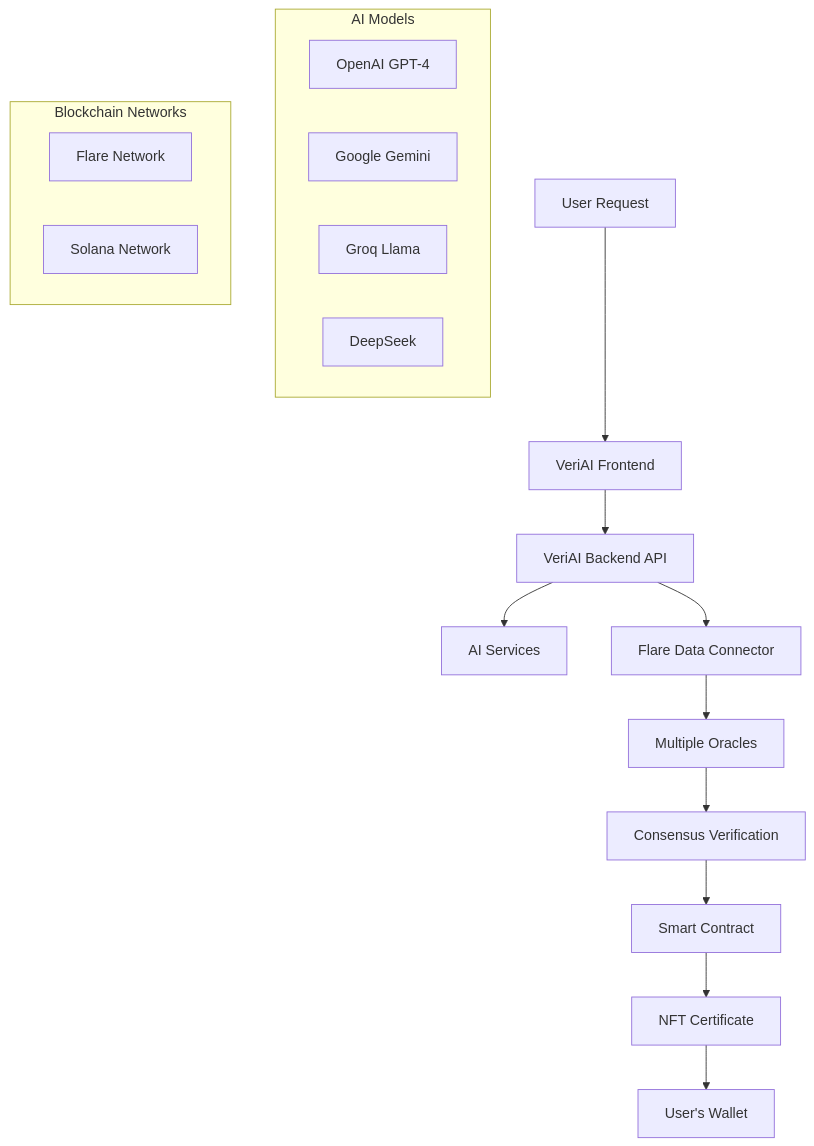
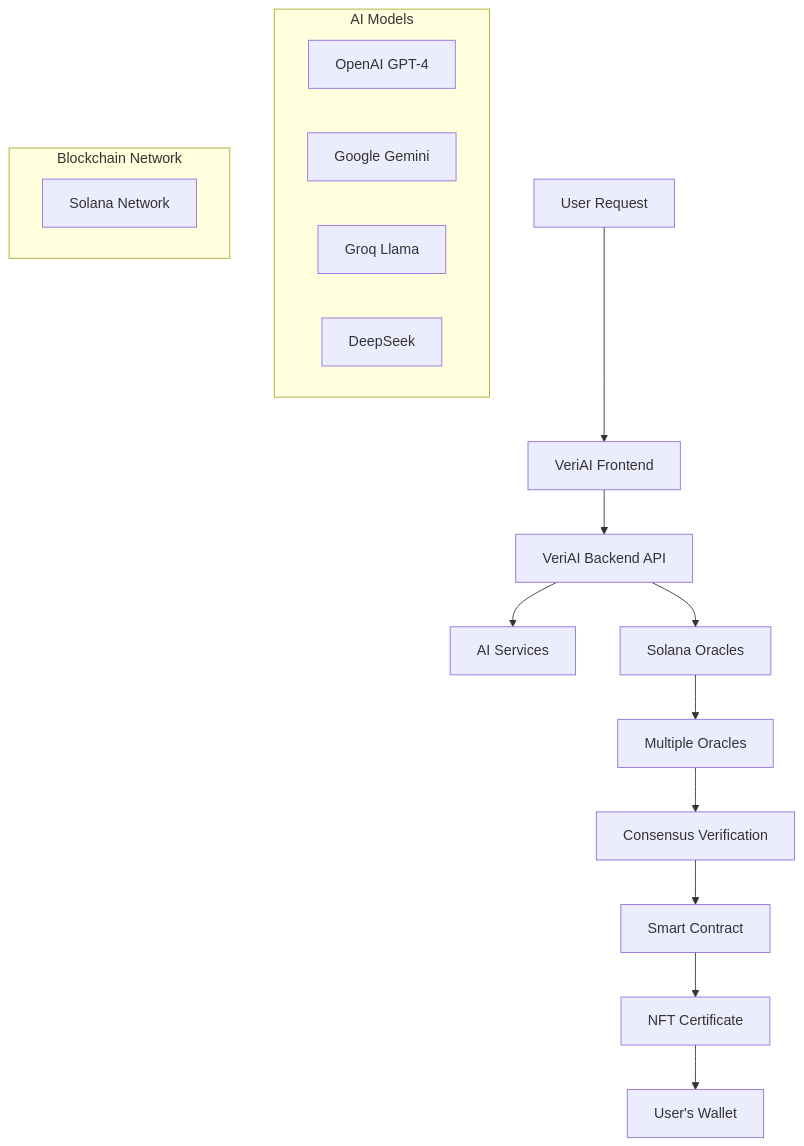
One commit to BenStacks/veriai changed the diagram in README.md. Above: the diagram before and after it, drawn with Mermaid. The commit also changed other lines of this file and 5 other files, not shown here.

````diff
--- a/README.md
+++ b/README.md
@@ -29,24 +29,23 @@
 ```mermaid
 graph TB
     A[User Request] --> B[VeriAI Frontend]
     B --> C[VeriAI Backend API]
     C --> D[AI Services]
-    C --> E[Flare Data Connector]
+    C --> E[Solana Oracles]
     E --> F[Multiple Oracles]
     F --> G[Consensus Verification]
     G --> H[Smart Contract]
     H --> I[NFT Certificate]
     I --> J[User's Wallet]
 
     subgraph "AI Models"
         D1[OpenAI GPT-4]
         D2[Google Gemini]
         D3[Groq Llama]
         D4[DeepSeek]
     end
 
-    subgraph "Blockchain Networks"
-        H1[Flare Network]
-        H2[Solana Network]
+    subgraph "Blockchain Network"
+        H1[Solana Network]
     end
 ```
````
